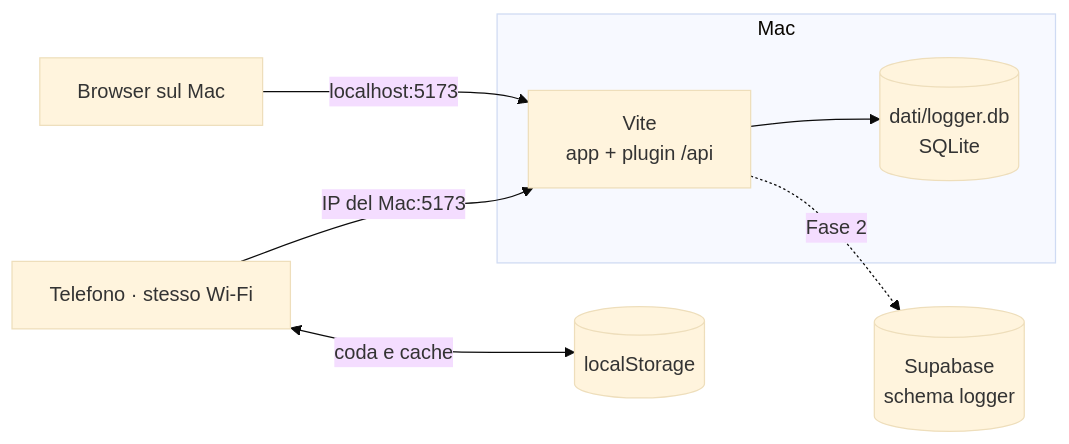
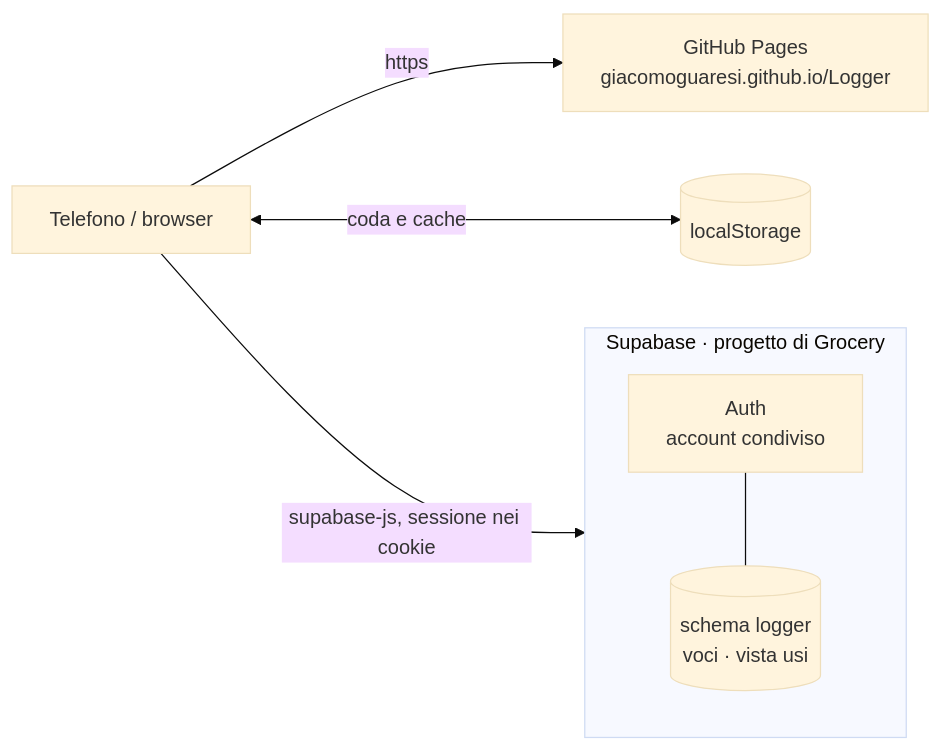
The diagram in docs/03-architettura.md (GiacomoGuaresi/Logger), drawn with Mermaid (base theme) before and after one commit. The commit also changed other lines of this file and 44 other files, not shown here.

First line of the commit message:
Fase 2: Supabase, passphrase e GitHub Pages al posto del server locale

````diff
--- a/docs/03-architettura.md
+++ b/docs/03-architettura.md
@@ -7,10 +7,9 @@
 ```mermaid
 flowchart LR
-  M[Browser sul Mac] -->|localhost:5173| V
-  T[Telefono · stesso Wi-Fi] -->|IP del Mac:5173| V
+  T[Telefono / browser] -->|https| GP[GitHub Pages<br/>giacomoguaresi.github.io/Logger]
   T <-->|coda e cache| LS[(localStorage)]
-  subgraph MAC[Mac]
-    V[Vite<br/>app + plugin /api] --> DB[(dati/logger.db<br/>SQLite)]
+  T -->|supabase-js, sessione nei cookie| SB
+  subgraph SB[Supabase · progetto di Grocery]
+    A[Auth<br/>account condiviso] --- P[(schema logger<br/>voci · vista usi)]
   end
-  V -.->|Fase 2| SB[(Supabase<br/>schema logger)]
 ```
````
